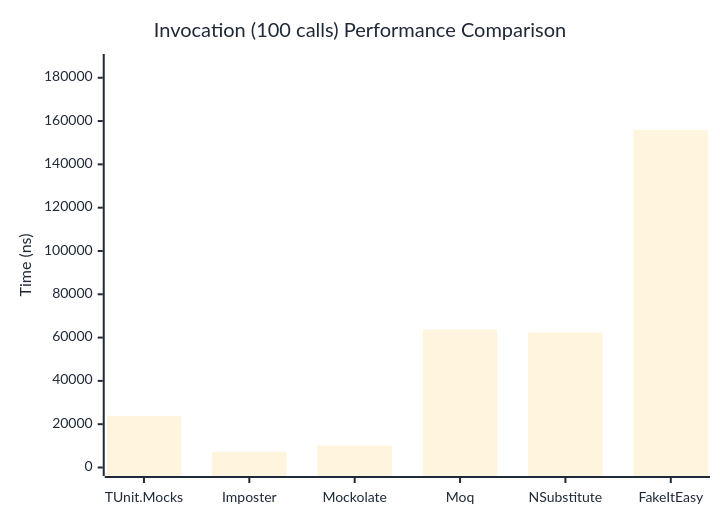
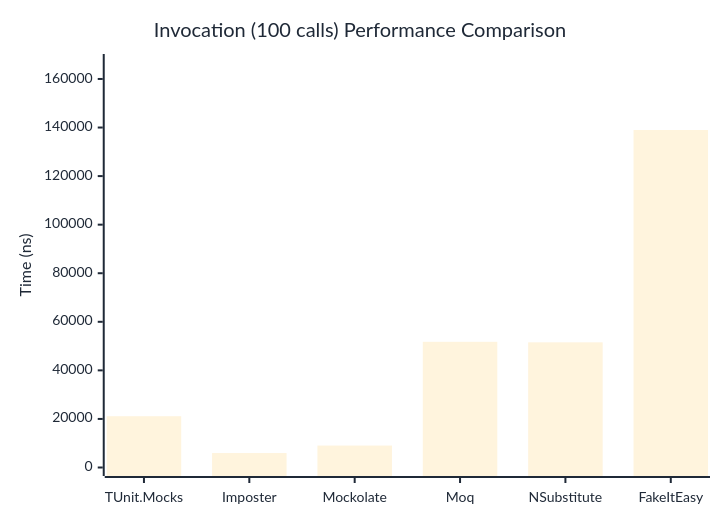
One commit to thomhurst/TUnit changed the third of 3 diagrams in docs/docs/benchmarks/mocks/Invocation.md. Above: the diagram before and after it, drawn with Mermaid. The commit also changed other lines of this file and 14 other files, not shown here.

````diff
--- a/docs/docs/benchmarks/mocks/Invocation.md
+++ b/docs/docs/benchmarks/mocks/Invocation.md
@@ -112,27 +112,27 @@
 ```mermaid
 %%{init: {
   'theme':'base',
   'themeVariables': {
     'primaryColor': '#2563eb',
     'primaryTextColor': '#1f2937',
     'primaryBorderColor': '#1e40af',
     'lineColor': '#6b7280',
     'secondaryColor': '#7c3aed',
     'tertiaryColor': '#dc2626',
     'background': '#ffffff',
     'pie1': '#2563eb',
     'pie2': '#7c3aed',
     'pie3': '#dc2626',
     'pie4': '#f59e0b',
     'pie5': '#10b981',
     'pie6': '#06b6d4',
     'pie7': '#ec4899',
     'pie8': '#6366f1'
   }
 }}%%
 xychart-beta
   title "Invocation (100 calls) Performance Comparison"
   x-axis ["TUnit.Mocks", "Imposter", "Mockolate", "Moq", "NSubstitute", "FakeItEasy"]
-  y-axis "Time (ns)" 0 --> 187041
-  bar [23699.28, 7293.61, 10123.2, 63668.41, 62313.22, 155866.82]
+  y-axis "Time (ns)" 0 --> 166779
+  bar [21117.16, 5954.3, 9040.48, 51754.75, 51543.91, 138981.71]
 ```
````
